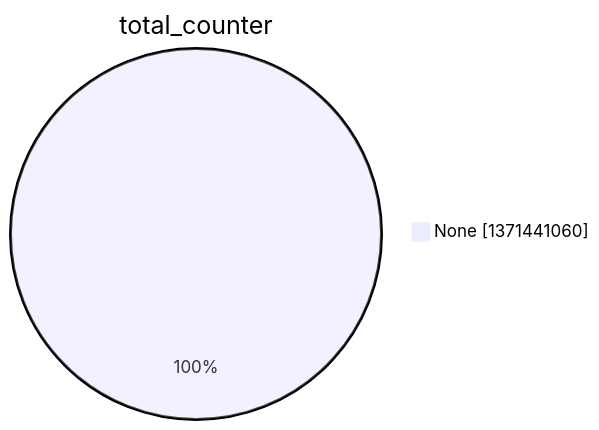
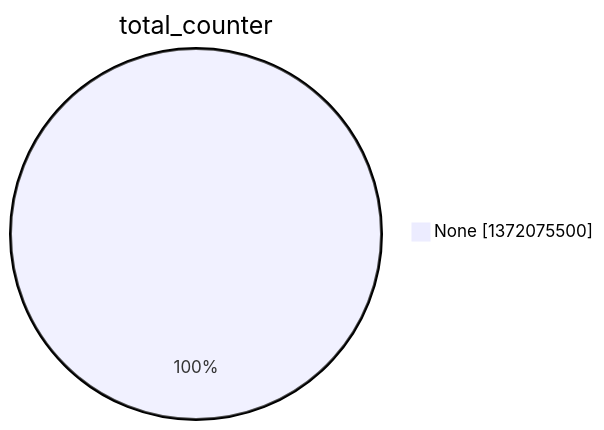
The second of 15 diagrams in argon2022/README.md (christiankrug/ctmonitor_visualization), drawn with Mermaid before and after one commit. The commit also changed other lines of this file, not shown here.

````diff
--- a/argon2022/README.md
+++ b/argon2022/README.md
@@ -9,5 +9,5 @@
 ```mermaid
 pie showData
 title total_counter
-"None" :1371441060
+"None" :1372075500
 ```
````
